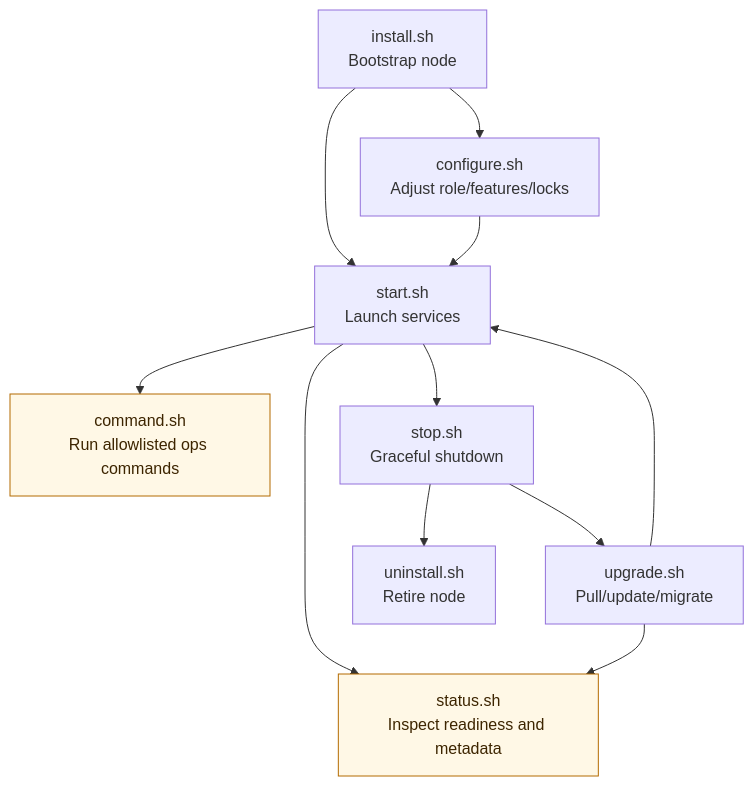
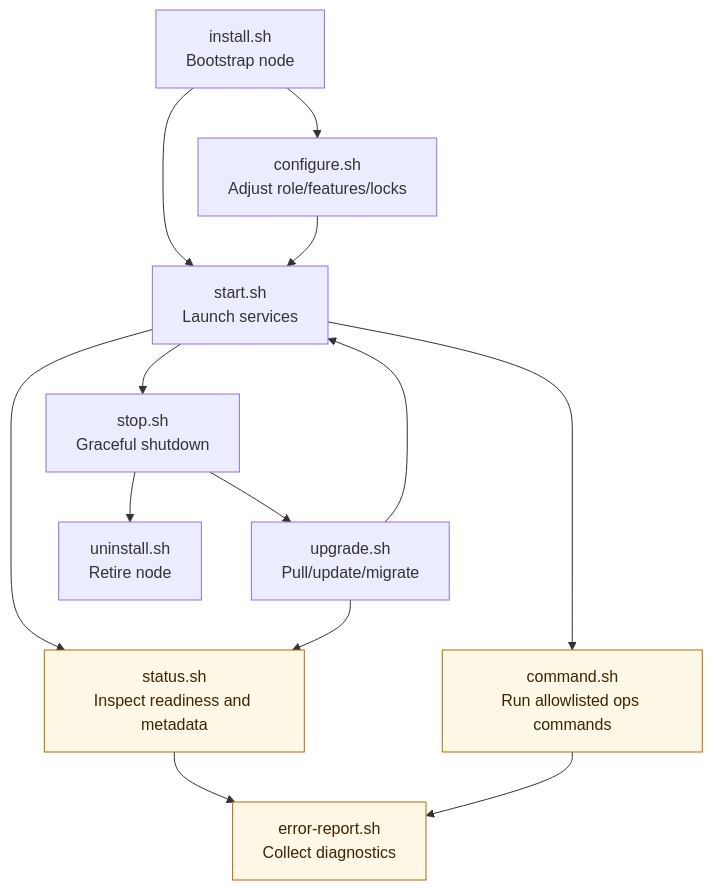
The diagram in docs/development/install-lifecycle-scripts-manual.md (arthexis/arthexis), drawn with Mermaid before and after one commit. The commit also changed other lines of this file and 6 other files, not shown here.

Commit message:
Add error report diagnostic package CLI

````diff
--- a/docs/development/install-lifecycle-scripts-manual.md
+++ b/docs/development/install-lifecycle-scripts-manual.md
@@ -10,24 +10,27 @@
 ```mermaid
 flowchart TD
     I[install.sh
 Bootstrap node] --> C[configure.sh
 Adjust role/features/locks]
     I --> S[start.sh
 Launch services]
     C --> S
     S --> T[status.sh
 Inspect readiness and metadata]
     S --> O[command.sh
 Run allowlisted ops commands]
     S --> P[stop.sh
 Graceful shutdown]
     P --> U[upgrade.sh
 Pull/update/migrate]
     U --> S
     U --> T
+    T --> R[error-report.sh
+Collect diagnostics]
+    O --> R
     P --> X[uninstall.sh
 Retire node]
 
     classDef safety fill:#fff8e6,stroke:#b36b00,color:#3d2500;
-    class T,O safety;
+    class T,O,R safety;
 ```
````
